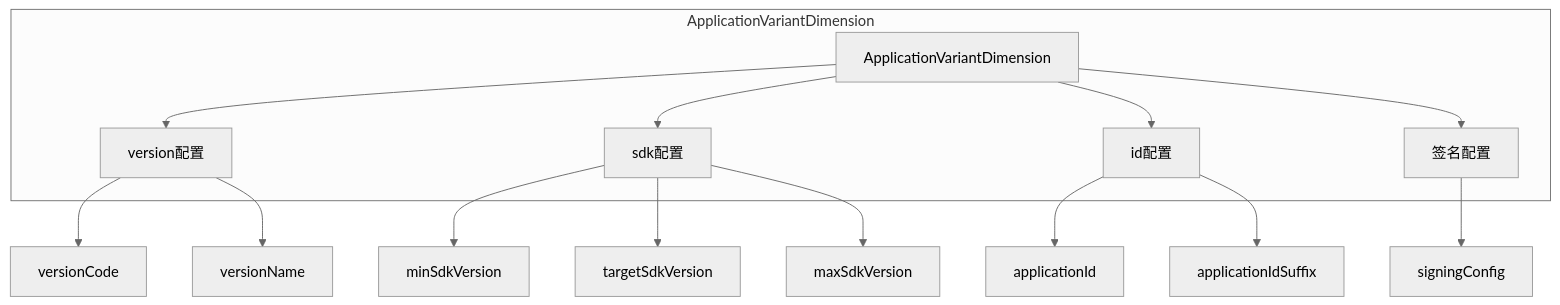
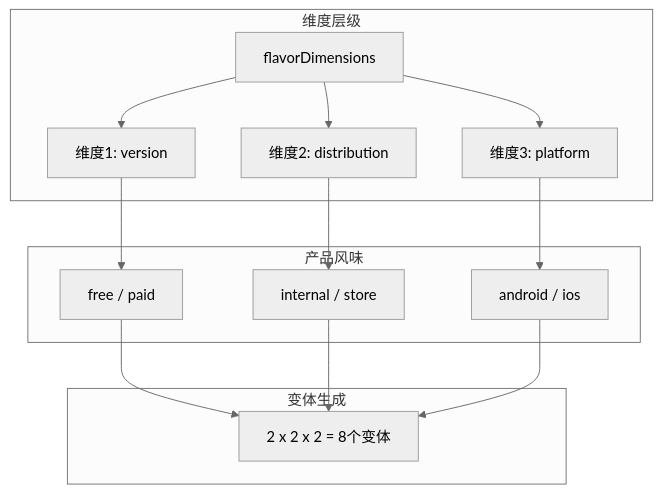
The first of 2 diagrams in AndroidDeveloperGuideStory/Contents/vol21/21.1.83 应用程序变体尺寸.md (Carrie-L/carrie-l.github.io), drawn with Mermaid (neutral theme) before and after one commit. The commit also changed other lines of this file, not shown here.

Commit message:
feat(chapter-21.1.83): ApplicationVariantDimension variant dimension configuration

````diff
--- a/AndroidDeveloperGuideStory/Contents/vol21/21.1.83 应用程序变体尺寸.md
+++ b/AndroidDeveloperGuideStory/Contents/vol21/21.1.83 应用程序变体尺寸.md
@@ -49,21 +94,20 @@
 ```mermaid
 flowchart TB
-    subgraph ApplicationVariantDimension
-    A[ApplicationVariantDimension] --> B[version配置]
-    A --> C[sdk配置]
-    A --> D[id配置]
-    A --> E[签名配置]
+    subgraph 维度层级
+    A[flavorDimensions] --> B["维度1: version"]
+    A --> C["维度2: distribution"]
+    A --> D["维度3: platform"]
     end
     
-    B --> B1[versionCode]
-    B --> B2[versionName]
+    subgraph 产品风味
+    B --> E[free / paid]
+    C --> F[internal / store]
+    D --> G[android / ios]
+    end
     
-    C --> C1[minSdkVersion]
-    C --> C2[targetSdkVersion]
-    C --> C3[maxSdkVersion]
-    
-    D --> D1[applicationId]
-    D --> D2[applicationIdSuffix]
-    
-    E --> E1[signingConfig]
+    subgraph 变体生成
+    E --> H[2 x 2 x 2 = 8个变体]
+    F --> H
+    G --> H
+    end
 ```
````
